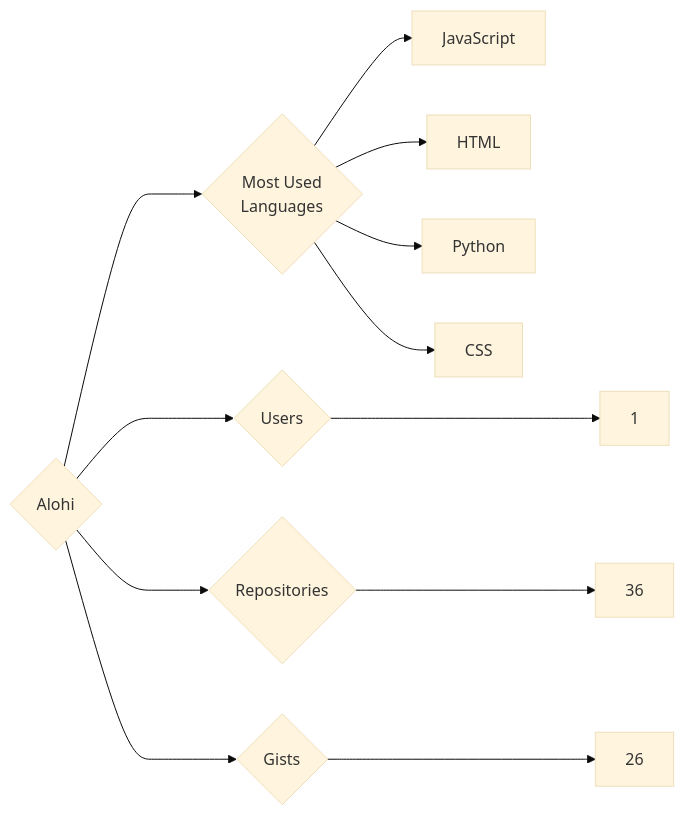
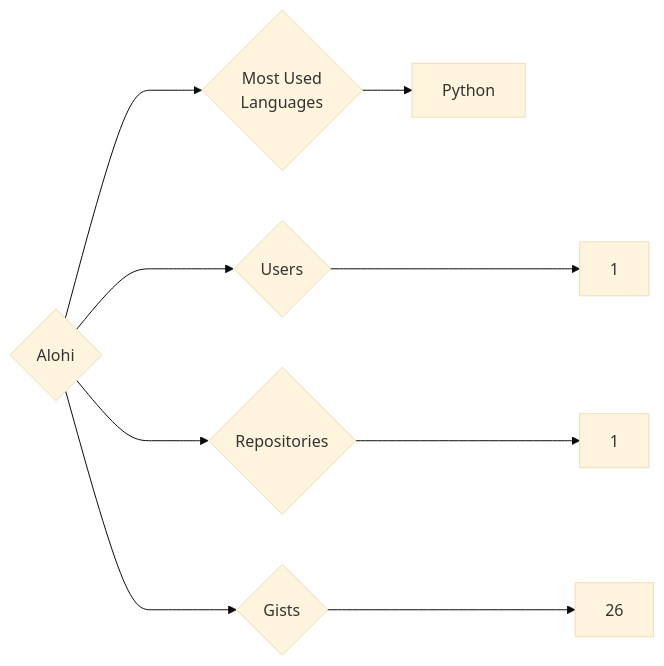
The diagram in targets/Alohi/README.md (trickest/insiders), drawn with Mermaid (base theme) before and after one commit. The commit also changed 847 other files, not shown here.

````diff
--- a/targets/Alohi/README.md
+++ b/targets/Alohi/README.md
@@ -3,12 +3,9 @@
 ```mermaid
 graph LR
 COMPANY_NAME{Alohi}
 COMPANY_NAME ---> U{Users} ---> UN[1]
-COMPANY_NAME ---> R{Repositories} ---> RN[36]
+COMPANY_NAME ---> R{Repositories} ---> RN[1]
 COMPANY_NAME ---> G{Gists} ---> GN[26]
 COMPANY_NAME ---> ML{Most Used<br>Languages}
-ML --> JavaScript[JavaScript]
-ML --> HTML[HTML]
 ML --> Python[Python]
-ML --> CSS[CSS]
 ```
````
